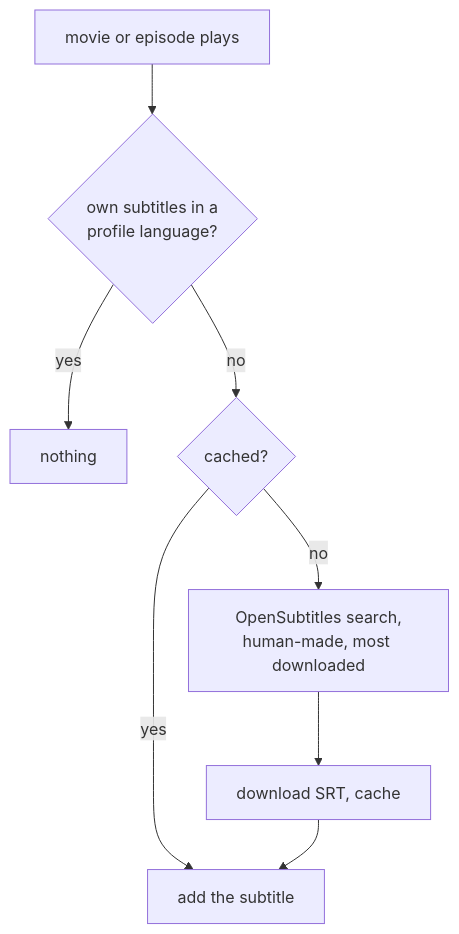
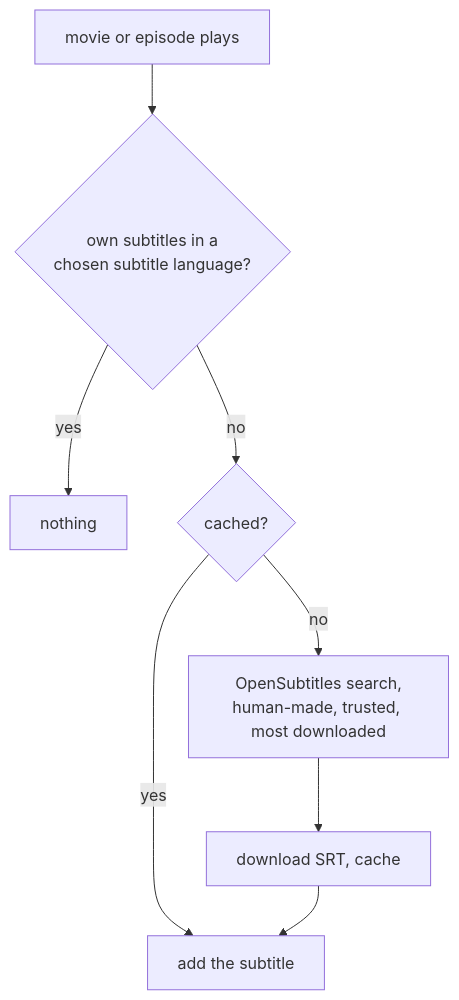
Before and after one commit to brunoccst/iptv-player: diagram 22 of 44 in documentation/FEATURES-TECHNICAL.md, drawn with Mermaid. The commit also changed other lines of this file and 1 other file, not shown here.

First line of the commit message:
Docs: technical features match the code (subtitle languages, backup, episodes, guide, pairing PIN)

````diff
--- a/documentation/FEATURES-TECHNICAL.md
+++ b/documentation/FEATURES-TECHNICAL.md
@@ -401,8 +402,8 @@
 ```mermaid
 flowchart TD
-  P[movie or episode plays] --> H{"own subtitles in a<br/>profile language?"}
+  P[movie or episode plays] --> H{"own subtitles in a<br/>chosen subtitle language?"}
   H -->|yes| X[nothing]
   H -->|no| C{cached?}
   C -->|yes| A[add the subtitle]
-  C -->|no| S["OpenSubtitles search,<br/>human-made, most downloaded"] --> D[download SRT, cache] --> A
+  C -->|no| S["OpenSubtitles search,<br/>human-made, trusted, most downloaded"] --> D[download SRT, cache] --> A
 ```
````
